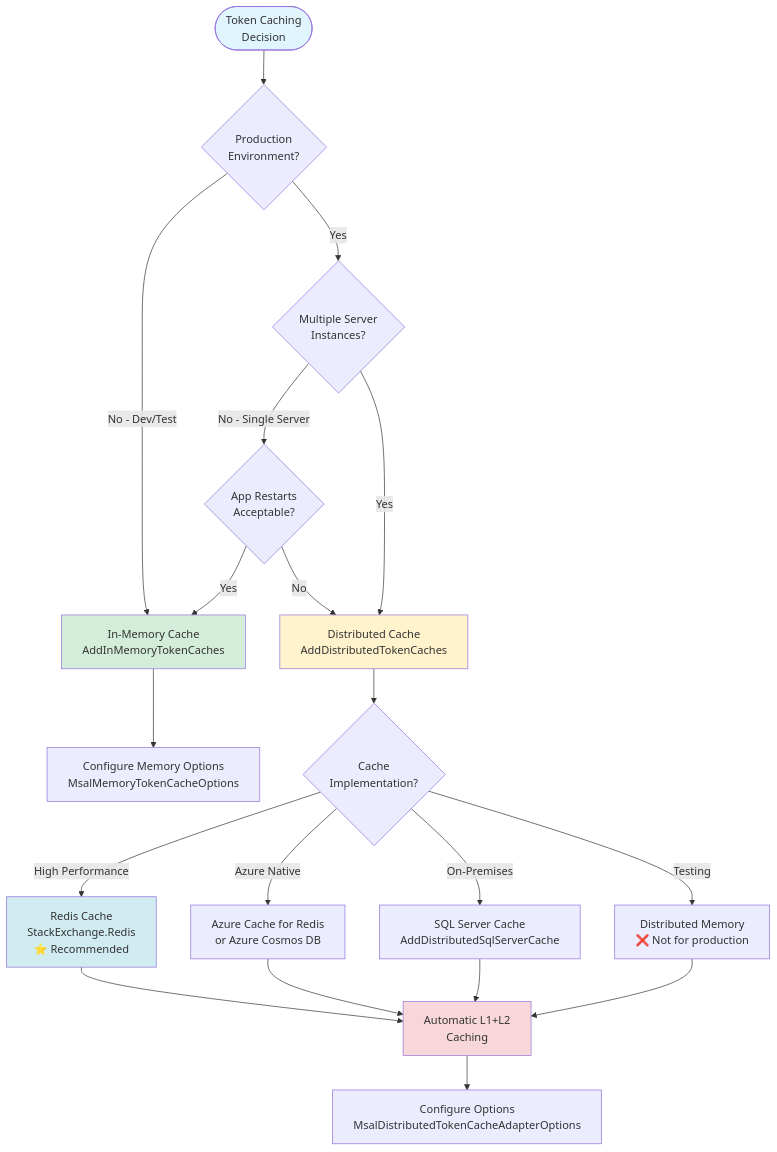
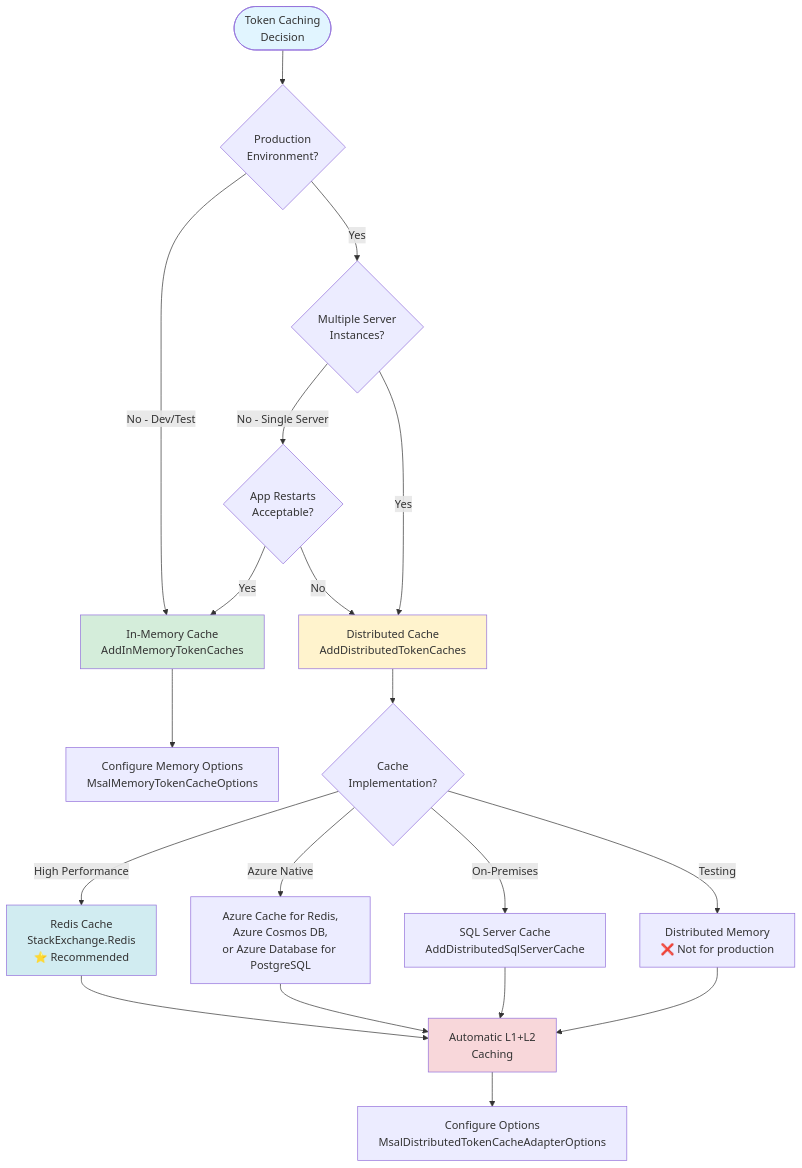
The diagram in docs/authentication/token-cache/token-cache-README.md (AzureAD/microsoft-identity-web), drawn with Mermaid before and after one commit. The commit also changed other lines of this file and 9 other files, not shown here.

````diff
--- a/docs/authentication/token-cache/token-cache-README.md
+++ b/docs/authentication/token-cache/token-cache-README.md
@@ -112,34 +112,34 @@
 ```mermaid
 flowchart TD
     Start([Token Caching<br/>Decision]) --> Q1{Production<br/>Environment?}
 
     Q1 -->|No - Dev/Test| DevChoice[In-Memory Cache<br/>AddInMemoryTokenCaches]
     Q1 -->|Yes| Q2{Multiple Server<br/>Instances?}
 
     Q2 -->|No - Single Server| Q3{App Restarts<br/>Acceptable?}
     Q3 -->|Yes| DevChoice
     Q3 -->|No| DistChoice
 
     Q2 -->|Yes| DistChoice[Distributed Cache<br/>AddDistributedTokenCaches]
 
     DistChoice --> Q4{Cache<br/>Implementation?}
 
     Q4 -->|High Performance| Redis[Redis Cache<br/>StackExchange.Redis<br/>⭐ Recommended]
-    Q4 -->|Azure Native| Azure[Azure Cache for Redis<br/>or Azure Cosmos DB]
+    Q4 -->|Azure Native| Azure[Azure Cache for Redis,<br/>Azure Cosmos DB,<br/>or Azure Database for PostgreSQL]
     Q4 -->|On-Premises| SQL[SQL Server Cache<br/>AddDistributedSqlServerCache]
     Q4 -->|Testing| DistMem[Distributed Memory<br/>❌ Not for production]
 
     Redis --> L1L2[Automatic L1+L2<br/>Caching]
     Azure --> L1L2
     SQL --> L1L2
     DistMem --> L1L2
 
     L1L2 --> Config[Configure Options<br/>MsalDistributedTokenCacheAdapterOptions]
     DevChoice --> MemConfig[Configure Memory Options<br/>MsalMemoryTokenCacheOptions]
 
     style Start fill:#e1f5ff
     style DevChoice fill:#d4edda
     style DistChoice fill:#fff3cd
     style Redis fill:#d1ecf1
     style L1L2 fill:#f8d7da
 ```
````
